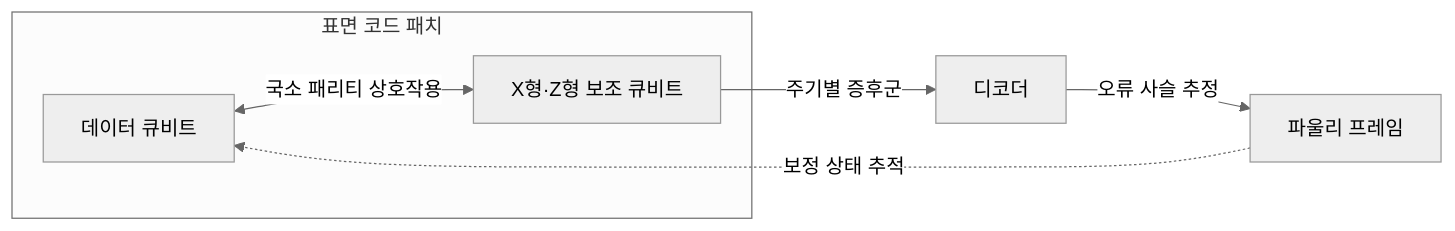
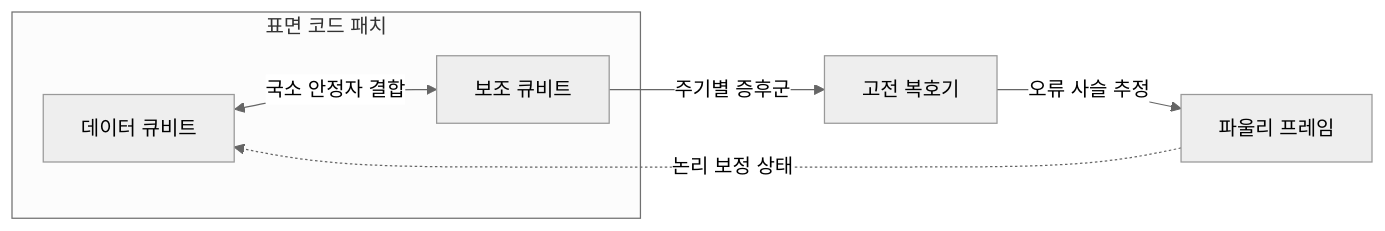
One commit to agnusdei1207/knowledge-base changed the diagram in src/content/docs/notes/02-hardware/074_quantum_error_correction_surface_code.md. Above: the diagram before and after it, drawn with Mermaid (neutral theme). The commit also changed other lines of this file and 6 other files, not shown here.

````diff
--- a/src/content/docs/notes/02-hardware/074_quantum_error_correction_surface_code.md
+++ b/src/content/docs/notes/02-hardware/074_quantum_error_correction_surface_code.md
@@ -66,11 +57,9 @@
 ```mermaid
 flowchart LR
     subgraph P["표면 코드 패치"]
-        D["데이터 큐비트"]
-        A["X형·Z형 보조 큐비트"]
-        D <-->|국소 패리티 상호작용| A
+        D[데이터 큐비트] <-->|국소 안정자 결합| A[보조 큐비트]
     end
-    A -->|주기별 증후군| C["디코더"]
-    C -->|오류 사슬 추정| F["파울리 프레임"]
-    F -.->|보정 상태 추적| D
+    A -->|주기별 증후군| C[고전 복호기]
+    C -->|오류 사슬 추정| F[파울리 프레임]
+    F -.->|논리 보정 상태| D
 ```
````
